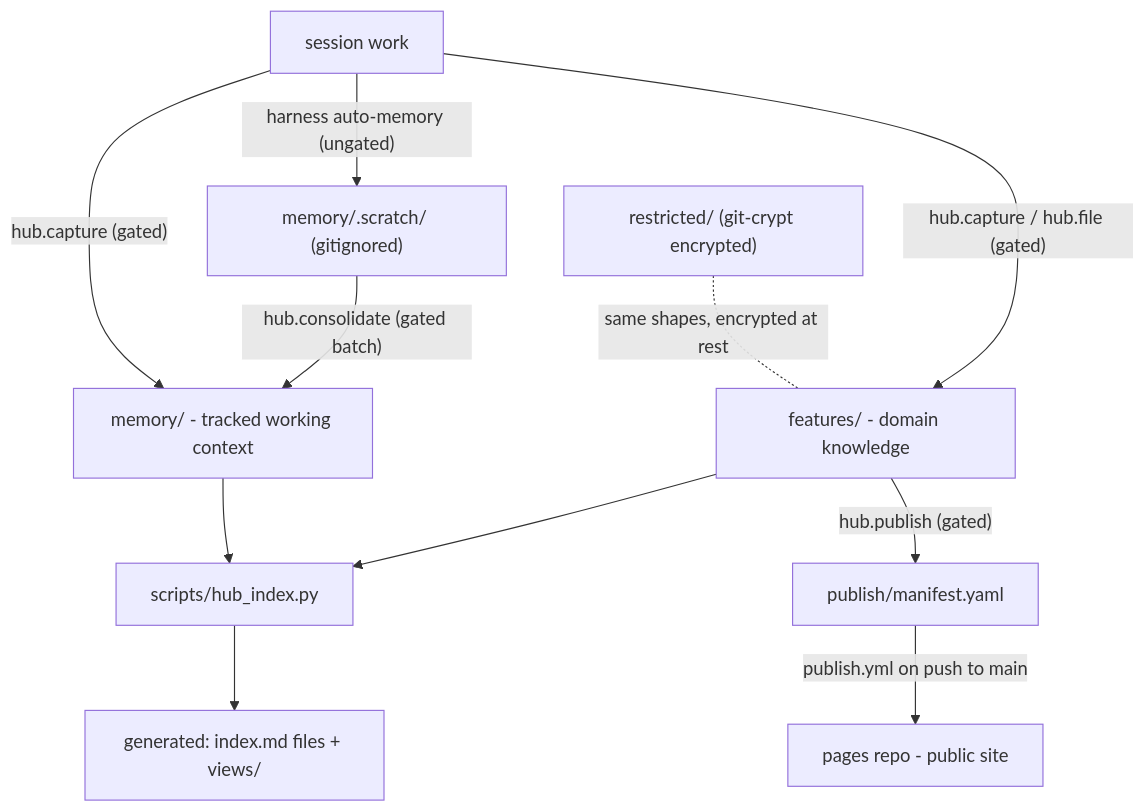
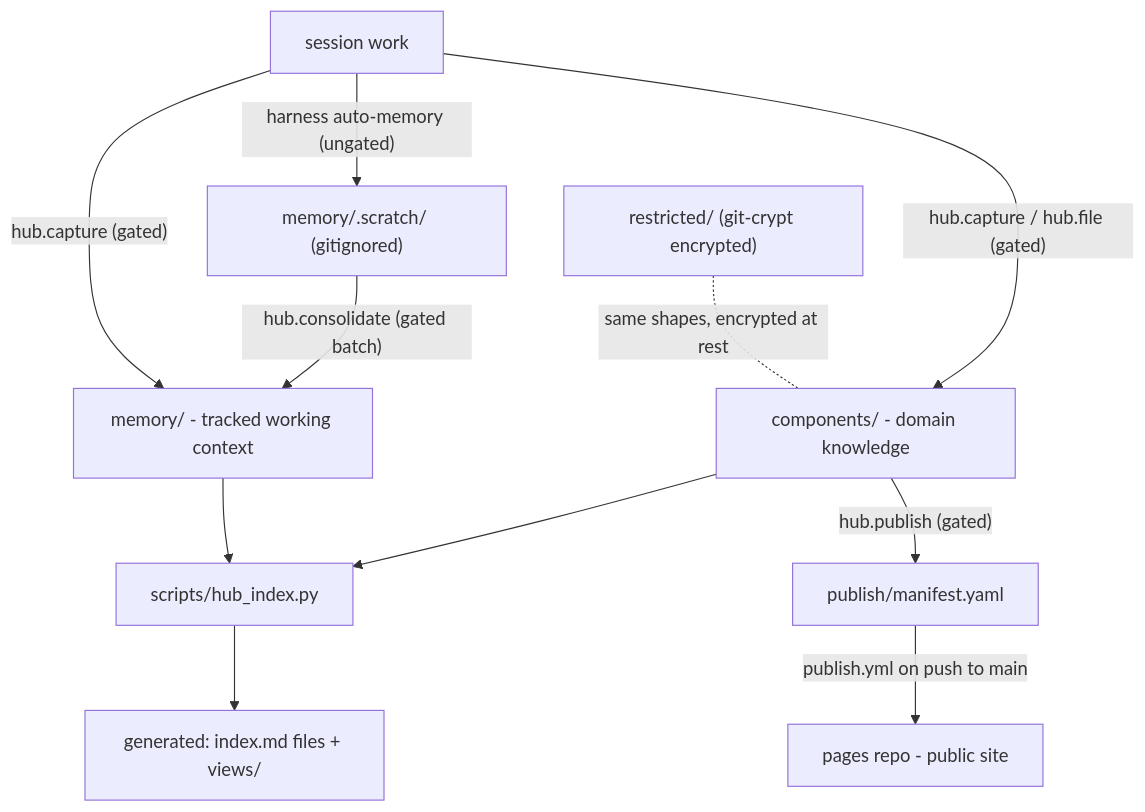
Before and after one commit to solaius/rhoai-agentic-hub: the diagram in docs/architecture.md, drawn with Mermaid. The commit also changed other lines of this file and 1379 other files, not shown here.

Commit message:
refactor(components)!: rename features/ layer to components/ across structure, code, and links

````diff
--- a/docs/architecture.md
+++ b/docs/architecture.md
@@ -32,13 +32,13 @@
 ```mermaid
 flowchart TD
-    W["session work"] -->|"hub.capture / hub.file (gated)"| F["features/ - domain knowledge"]
+    W["session work"] -->|"hub.capture / hub.file (gated)"| F["components/ - domain knowledge"]
     W -->|"harness auto-memory (ungated)"| S["memory/.scratch/ (gitignored)"]
     S -->|"hub.consolidate (gated batch)"| M["memory/ - tracked working context"]
     W -->|"hub.capture (gated)"| M
     F --> I["scripts/hub_index.py"]
     M --> I
     I --> G["generated: index.md files + views/"]
     F -->|"hub.publish (gated)"| P["publish/manifest.yaml"]
     P -->|"publish.yml on push to main"| X["pages repo - public site"]
     R["restricted/ (git-crypt encrypted)"] -. "same shapes, encrypted at rest" .- F
 ```
````
